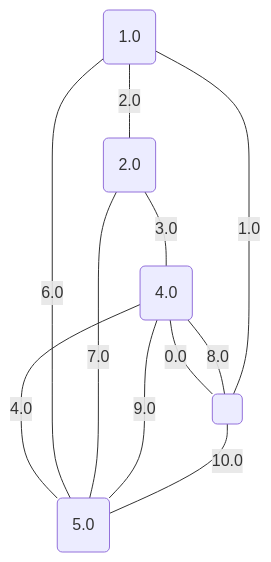
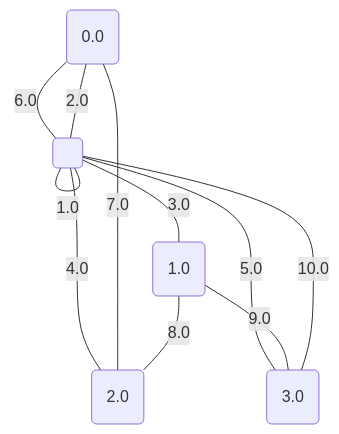
Before and after one commit to metury/graphs: diagram 11 of 17 in project/src/testing/minCutPetersen.md, drawn with Mermaid. The commit also changed other lines of this file and 2 other files, not shown here.

````diff
--- a/project/src/testing/minCutPetersen.md
+++ b/project/src/testing/minCutPetersen.md
@@ -291,18 +291,18 @@
 ```mermaid
 graph TD;
-0("1.0");
-1("2.0");
-2("4.0");
-3("5.0");
+0("0.0");
+1("1.0");
+2("2.0");
+3("3.0");
 4(" ");
-	2 -- "0.0" --- 4;
-	4 -- "1.0" --- 0;
-	0 -- "2.0" --- 1;
-	1 -- "3.0" --- 2;
-	2 -- "4.0" --- 3;
-	0 -- "6.0" --- 3;
-	1 -- "7.0" --- 3;
-	2 -- "8.0" --- 4;
-	2 -- "9.0" --- 3;
+	4 -- "1.0" --- 4;
+	4 -- "2.0" --- 0;
+	4 -- "3.0" --- 1;
+	4 -- "4.0" --- 2;
+	4 -- "5.0" --- 3;
+	0 -- "6.0" --- 4;
+	0 -- "7.0" --- 2;
+	1 -- "8.0" --- 2;
+	1 -- "9.0" --- 3;
 	4 -- "10.0" --- 3;
 ```
````
